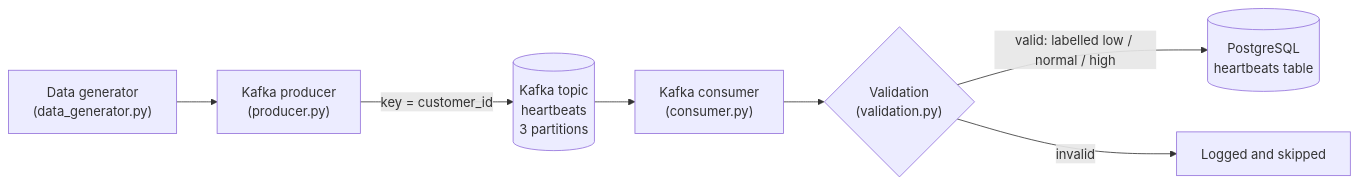
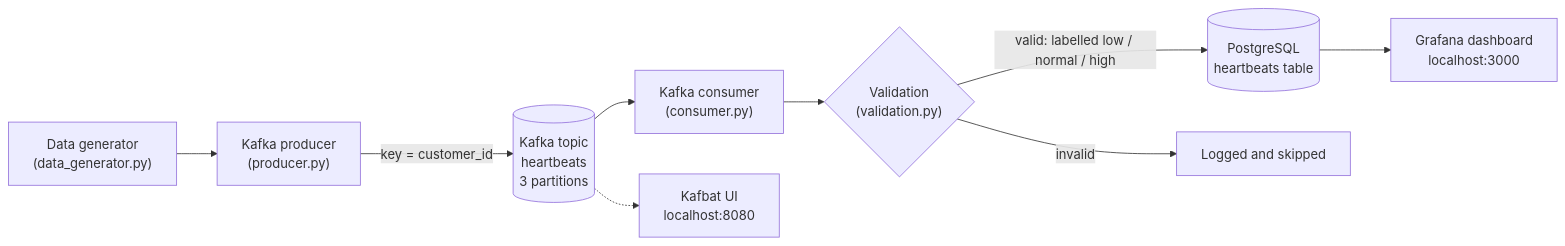
One commit to MugaboVedaste/heartbeat-monitoring changed the diagram in README.md. Above: the diagram before and after it, drawn with Mermaid. The commit also changed other lines of this file and 1 other file, not shown here.

Commit message:
docs: update README for Grafana, Kafbat UI and read-only user

````diff
--- a/README.md
+++ b/README.md
@@ -11,9 +11,11 @@
 ```mermaid
 flowchart LR
     G["Data generator<br/>(data_generator.py)"] --> P["Kafka producer<br/>(producer.py)"]
     P -->|"key = customer_id"| K[("Kafka topic<br/>heartbeats<br/>3 partitions")]
     K --> C["Kafka consumer<br/>(consumer.py)"]
     C --> V{"Validation<br/>(validation.py)"}
     V -->|"valid: labelled low / normal / high"| DB[("PostgreSQL<br/>heartbeats table")]
     V -->|"invalid"| L["Logged and skipped"]
+    DB --> GF["Grafana dashboard<br/>localhost:3000"]
+    K -.-> UI["Kafbat UI<br/>localhost:8080"]
 ```
````
